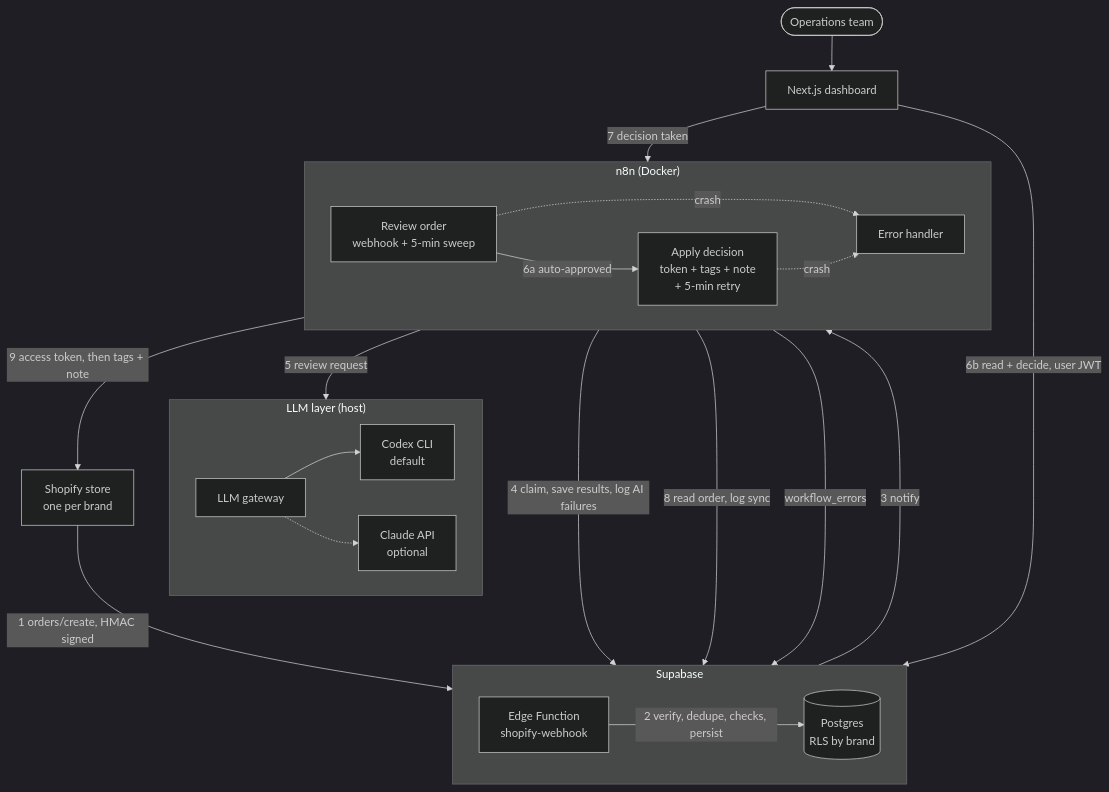
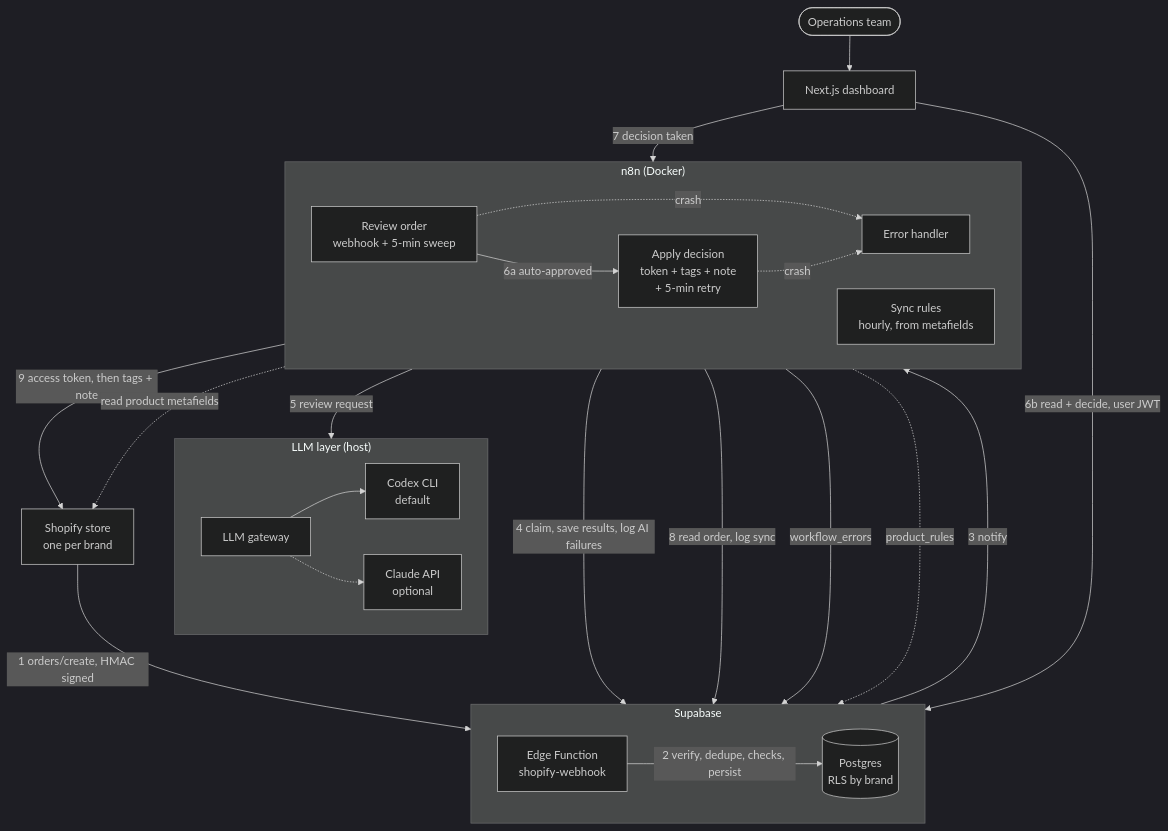
Before and after one commit to SamukDantas/order-ops-copilot: the first of 4 diagrams in README.md, drawn with Mermaid (dark theme). The commit also changed other lines of this file and 11 other files, not shown here.

````diff
--- a/README.md
+++ b/README.md
@@ -39,44 +39,47 @@
 ```mermaid
 flowchart TB
     STORE["Shopify store<br/>one per brand"]
     OPS(["Operations team"])
 
     subgraph SB["Supabase"]
         direction LR
         EF["Edge Function<br/>shopify-webhook"]
         DB[("Postgres<br/>RLS by brand")]
     end
 
     subgraph N8N["n8n (Docker)"]
         direction LR
         WF1["Review order<br/>webhook + 5-min sweep"]
         WF2["Apply decision<br/>token + tags + note<br/>+ 5-min retry"]
         WF3["Error handler"]
+        WF4["Sync rules<br/>hourly, from metafields"]
     end
 
     subgraph HOST["LLM layer (host)"]
         direction LR
         GW["LLM gateway"]
         CODEX["Codex CLI<br/>default"]
         CLAUDE["Claude API<br/>optional"]
     end
 
     UI["Next.js dashboard"]
 
     STORE -- "1 orders/create, HMAC signed" --> EF
     EF -- "2 verify, dedupe, checks, persist" --> DB
     EF -- "3 notify" --> WF1
     WF1 -- "4 claim, save results, log AI failures" --> DB
     WF1 -- "5 review request" --> GW
     GW --> CODEX
     GW -.-> CLAUDE
     WF1 -- "6a auto-approved" --> WF2
     OPS --> UI
     UI -- "6b read + decide, user JWT" --> DB
     UI -- "7 decision taken" --> WF2
     WF2 -- "8 read order, log sync" --> DB
     WF2 -- "9 access token, then tags + note" --> STORE
     WF1 -. "crash" .-> WF3
     WF2 -. "crash" .-> WF3
     WF3 -- "workflow_errors" --> DB
+    WF4 -. "read product metafields" .-> STORE
+    WF4 -. "product_rules" .-> DB
 ```
````
